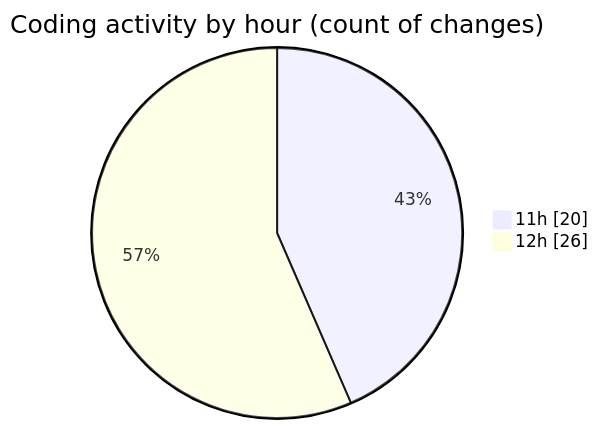
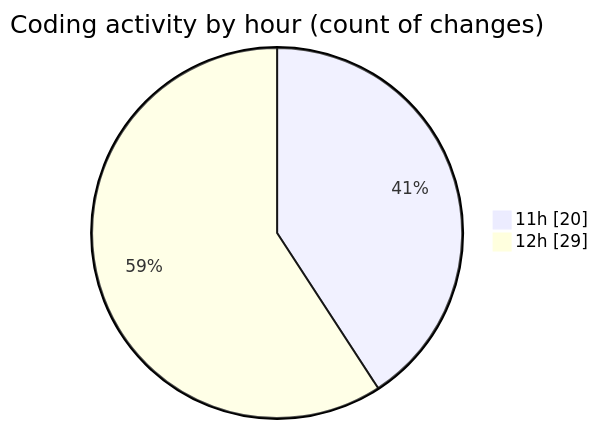
Before and after one commit to nxtqubesakshisongat/code-tracking: the second of 2 diagrams in 2025-12-11/nxtqube_webapp/README.md, drawn with Mermaid. The commit also changed other lines of this file and 1 other file, not shown here.

````diff
--- a/2025-12-11/nxtqube_webapp/README.md
+++ b/2025-12-11/nxtqube_webapp/README.md
@@ -38,6 +39,6 @@
 ```mermaid
 pie showData
 title Coding activity by hour (count of changes)
 "11h" : 20
-"12h" : 26
+"12h" : 29
 ```
````
